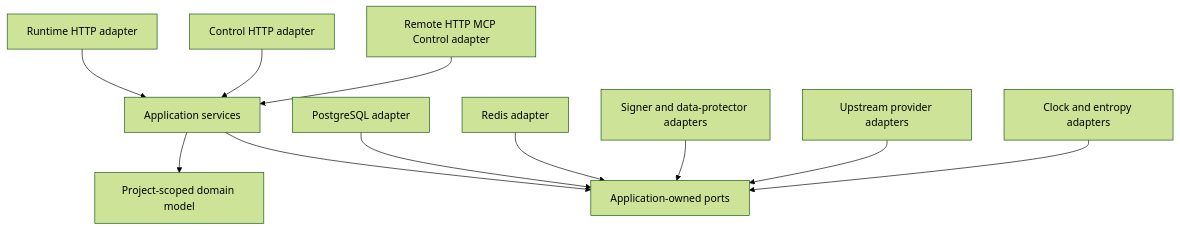
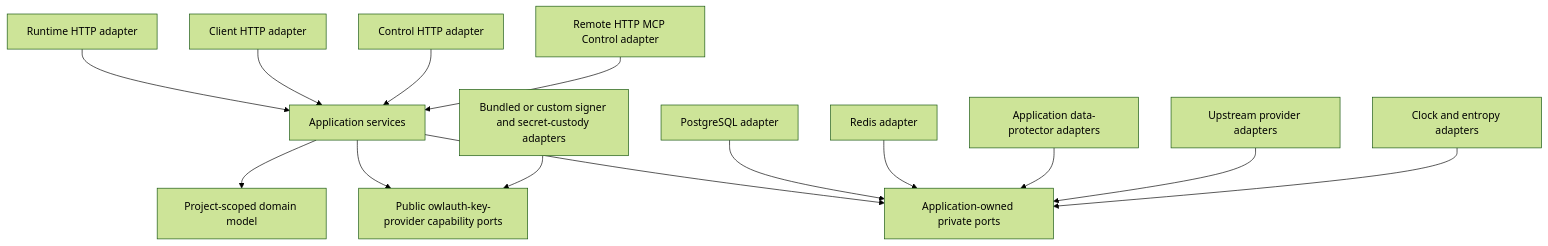
The first of 3 diagrams in spec/02-domain-and-crate-boundaries.md (owlfoundry/owlauth), drawn with Mermaid (forest theme) before and after one commit. The commit also changed other lines of this file and 320 other files, not shown here.

````diff
--- a/spec/02-domain-and-crate-boundaries.md
+++ b/spec/02-domain-and-crate-boundaries.md
@@ -7,13 +7,16 @@
 ```mermaid
 flowchart TB
     RHTTP[Runtime HTTP adapter] --> APP[Application services]
+    BHTTP[Client HTTP adapter] --> APP
     CHTTP[Control HTTP adapter] --> APP
     MCP[Remote HTTP MCP Control adapter] --> APP
     APP --> DOMAIN[Project-scoped domain model]
-    APP --> PORTS[Application-owned ports]
+    APP --> PORTS[Application-owned private ports]
+    APP --> SPI[Public owlauth-key-provider capability ports]
     PG[PostgreSQL adapter] --> PORTS
     RC[Redis adapter] --> PORTS
-    SIGN[Signer and data-protector adapters] --> PORTS
+    SIGN[Bundled or custom signer and secret-custody adapters] --> SPI
+    DATA[Application data-protector adapters] --> PORTS
     UP[Upstream provider adapters] --> PORTS
     CLOCK[Clock and entropy adapters] --> PORTS
 ```
````
